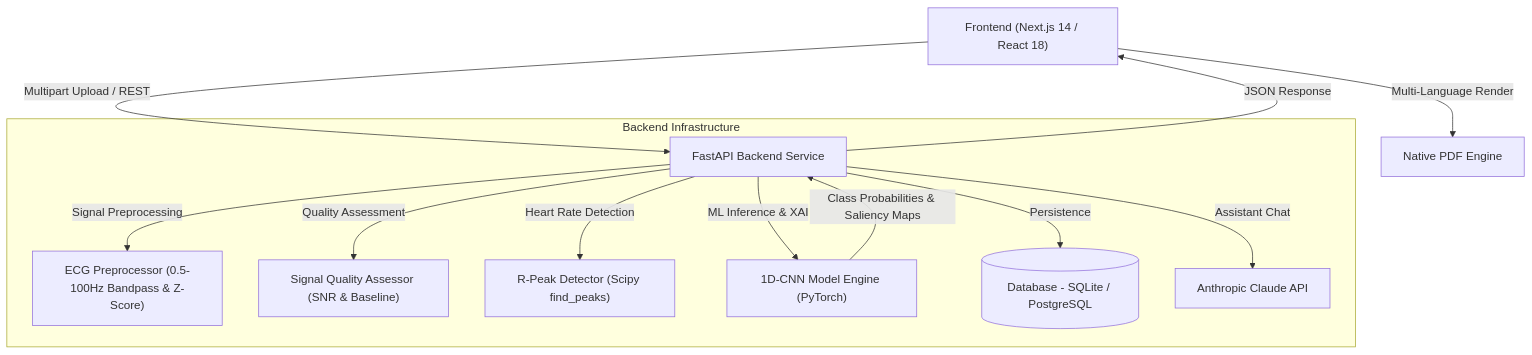
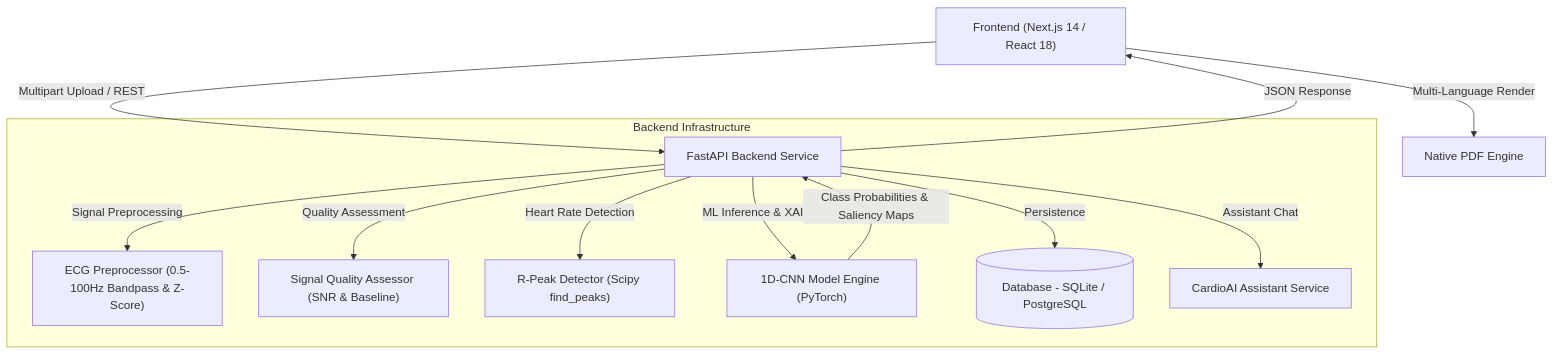
One commit to Tusharjain-19/cardiosense_ai-HackMatrix2026 changed the diagram in README.md. Above: the diagram before and after it, drawn with Mermaid. The commit also changed other lines of this file, not shown here.

````diff
--- a/README.md
+++ b/README.md
@@ -44,17 +81,17 @@
 ```mermaid
 graph TD;
     Client["Frontend (Next.js 14 / React 18)"] -->|Multipart Upload / REST| API["FastAPI Backend Service"];
     
     subgraph Backend Infrastructure
         API -->|Signal Preprocessing| Prep["ECG Preprocessor (0.5-100Hz Bandpass & Z-Score)"];
         API -->|Quality Assessment| Qual["Signal Quality Assessor (SNR & Baseline)"];
         API -->|Heart Rate Detection| HR["R-Peak Detector (Scipy find_peaks)"];
         API -->|ML Inference & XAI| ML["1D-CNN Model Engine (PyTorch)"];
         API -->|Persistence| DB[(Database - SQLite / PostgreSQL)];
-        API -->|Assistant Chat| Claude["Anthropic Claude API"];
+        API -->|Assistant Chat| Claude["CardioAI Assistant Service"];
     end
 
     ML -->|Class Probabilities & Saliency Maps| API;
     API -->|JSON Response| Client;
     Client -->|Multi-Language Render| PDF["Native PDF Engine"];
 ```
````
